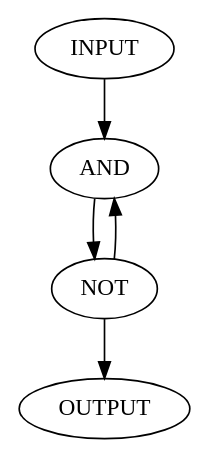
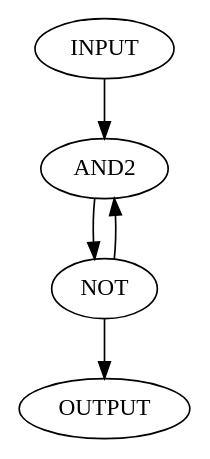
The diagram in Projet_C/Examen/structure_check/comb_loop_simple.dot (RomainLattier/Projet_C_2AMT), drawn with Graphviz before and after one commit. The commit also changed 9 other files, not shown here.

```diff
--- a/Projet_C/Examen/structure_check/comb_loop_simple.dot
+++ b/Projet_C/Examen/structure_check/comb_loop_simple.dot
@@ -1,16 +1,16 @@
 
 digraph test {
 
 I [label = "INPUT"];
 
-GATE_1 [label = "AND" ];
+GATE_1 [label = "AND2" ];
 GATE_2 [label = "NOT" ];
 
 O [label = "OUTPUT"];
 
 I -> GATE_1 ;
 GATE_1 -> GATE_2 ;
 GATE_2 -> O ;
 GATE_2-> GATE_1 ;
 
 }
```
